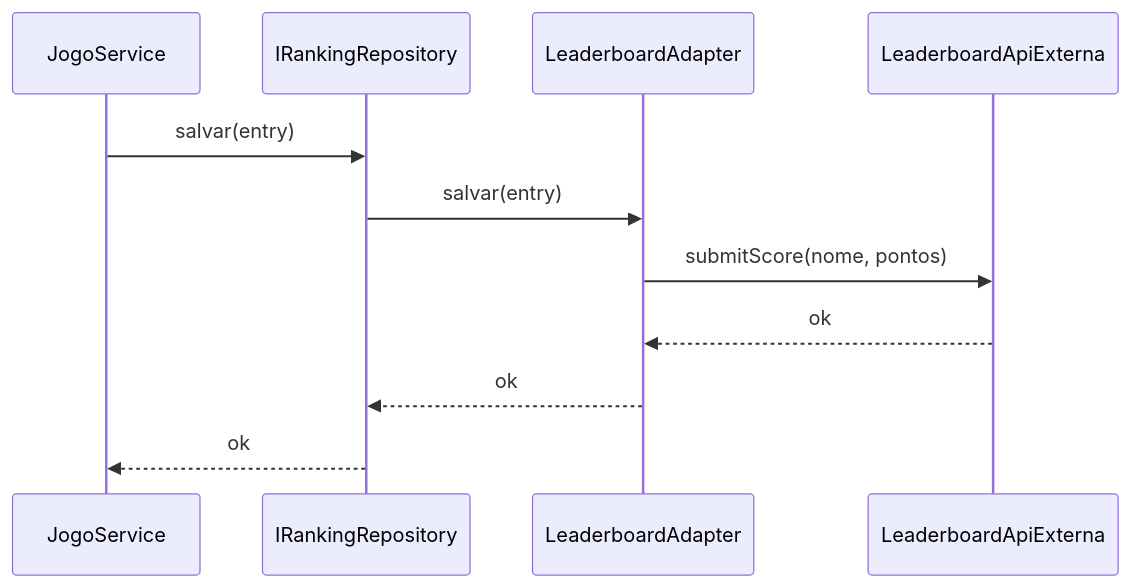
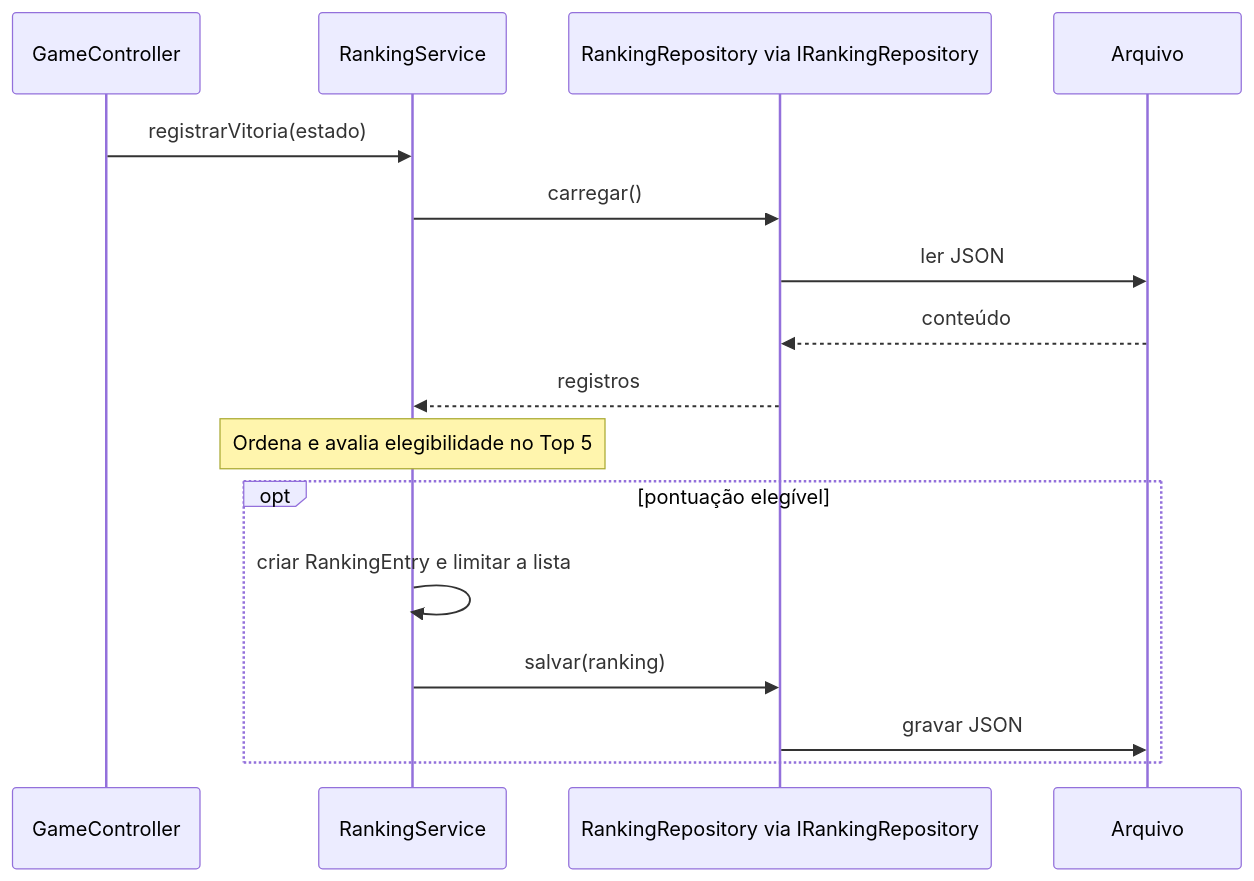
The diagram in apostilas-grasp/indirection.md (marcelobezerra-dotcom/grasp-tutorial), drawn with Mermaid before and after one commit. The commit also changed other lines of this file and 70 other files, not shown here.

````diff
--- a/apostilas-grasp/indirection.md
+++ b/apostilas-grasp/indirection.md
@@ -121,14 +19,18 @@
 ```mermaid
 sequenceDiagram
-  participant JogoService
-  participant IRankingRepository
-  participant LeaderboardAdapter
-  participant LeaderboardApiExterna
-
-  JogoService->>IRankingRepository: salvar(entry)
-  IRankingRepository->>LeaderboardAdapter: salvar(entry)
-  LeaderboardAdapter->>LeaderboardApiExterna: submitScore(nome, pontos)
-  LeaderboardApiExterna-->>LeaderboardAdapter: ok
-  LeaderboardAdapter-->>IRankingRepository: ok
-  IRankingRepository-->>JogoService: ok
+    participant GameController
+    participant RankingService
+    participant Repositorio as RankingRepository via IRankingRepository
+    participant Arquivo
+    GameController->>RankingService: registrarVitoria(estado)
+    RankingService->>Repositorio: carregar()
+    Repositorio->>Arquivo: ler JSON
+    Arquivo-->>Repositorio: conteúdo
+    Repositorio-->>RankingService: registros
+    Note over RankingService: Ordena e avalia elegibilidade no Top 5
+    opt pontuação elegível
+        RankingService->>RankingService: criar RankingEntry e limitar a lista
+        RankingService->>Repositorio: salvar(ranking)
+        Repositorio->>Arquivo: gravar JSON
+    end
 ```
````
